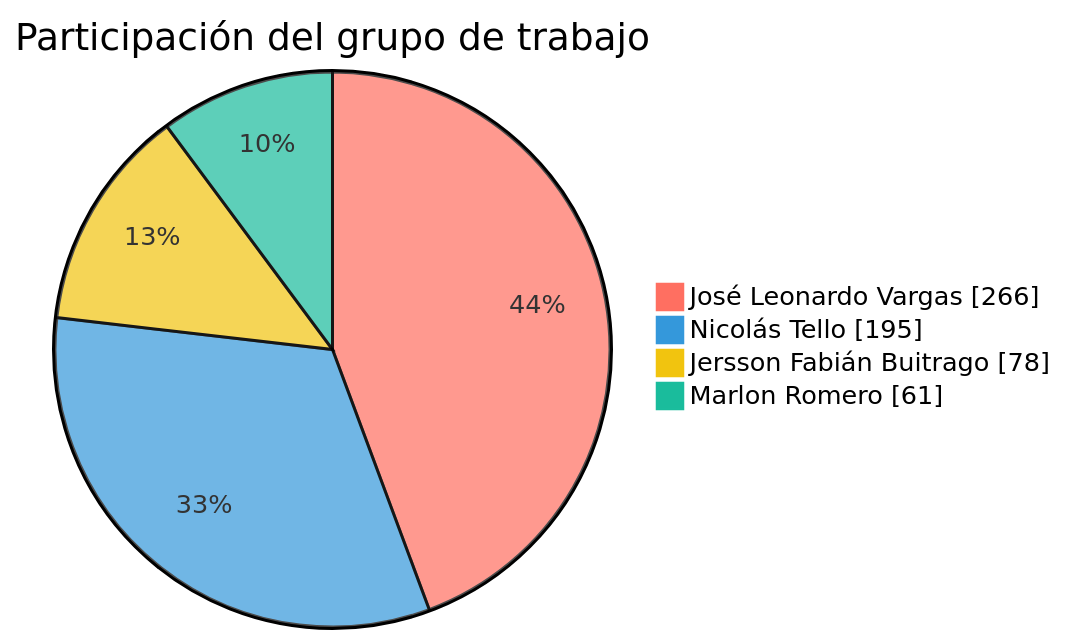
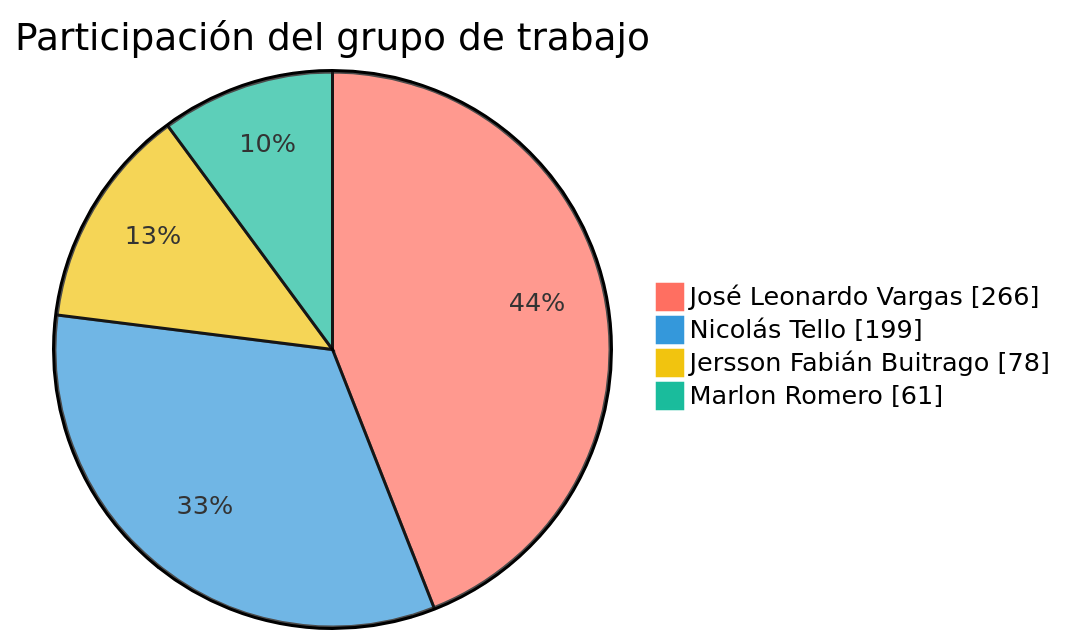
Before and after one commit to FarmaExpres/FarmaExpres: the first of 2 diagrams in README.md, drawn with Mermaid. The commit also changed other lines of this file and 1 other file, not shown here.

````diff
--- a/README.md
+++ b/README.md
@@ -389,9 +389,9 @@
 ```mermaid
 %%{init: {"themeVariables": {"pie1": "#ff6f61", "pie2": "#3498db", "pie3": "#f1c40f", "pie4": "#1abc9c", "pieLabelColor": "#000000", "pieLabelFontSize": "24px", "pieLabelFontWeight": "700"}}}%%
 pie showData
     title Participación del grupo de trabajo
     "José Leonardo Vargas" : 266
-    "Nicolás Tello" : 195
+    "Nicolás Tello" : 199
     "Jersson Fabián Buitrago" : 78
     "Marlon Romero" : 61
 ```
````
